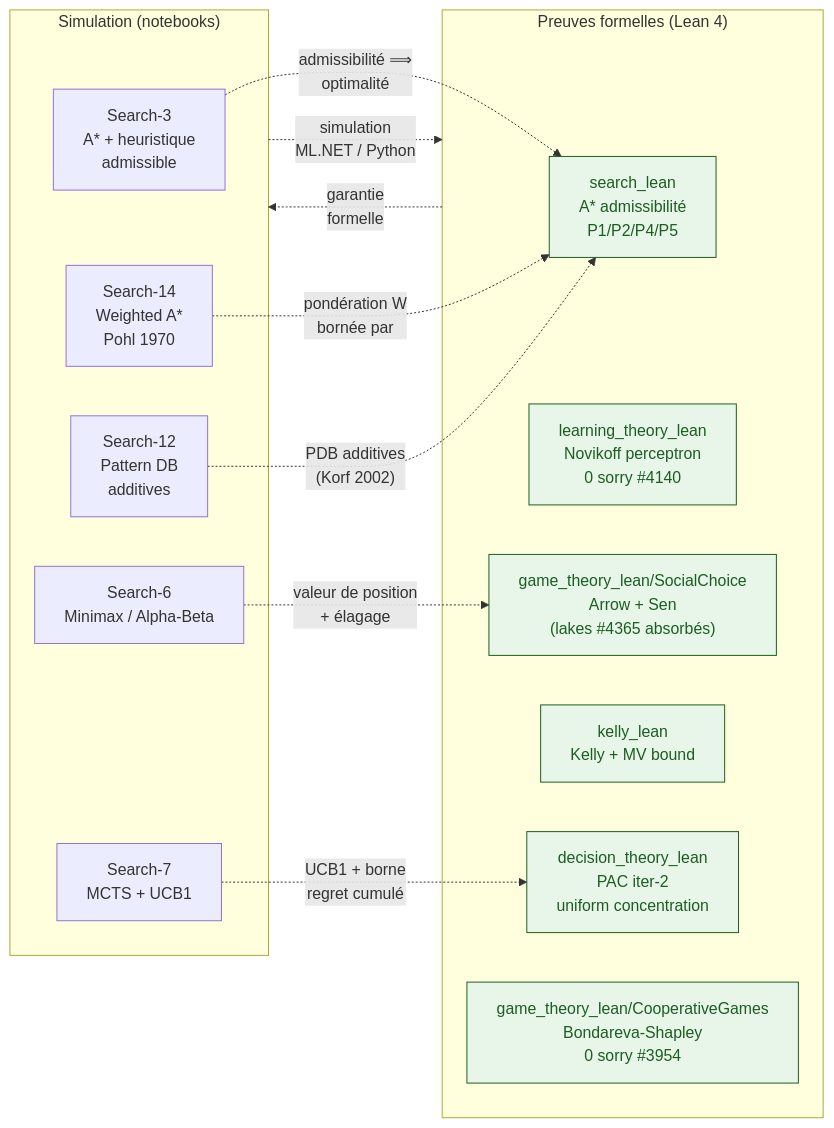
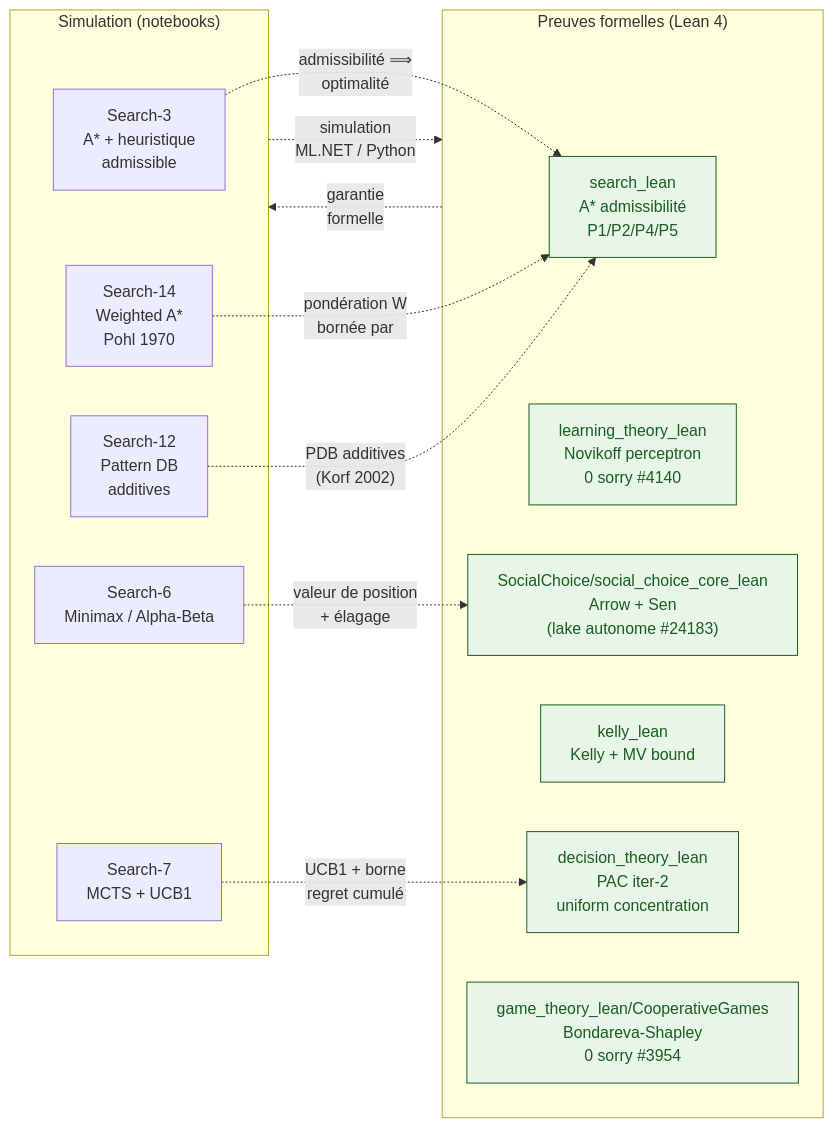
Before and after one commit to jsboige/CoursIA: the second of 2 diagrams in MyIA.AI.Notebooks/Search/README.md, drawn with Mermaid. The commit also changed other lines of this file and 6 other files, not shown here.

````diff
--- a/MyIA.AI.Notebooks/Search/README.md
+++ b/MyIA.AI.Notebooks/Search/README.md
@@ -598,27 +598,27 @@
 ```mermaid
 flowchart LR
     subgraph SIM["Simulation (notebooks)"]
         S3["Search-3<br/>A* + heuristique<br/>admissible"]
         S14["Search-14<br/>Weighted A*<br/>Pohl 1970"]
         S12["Search-12<br/>Pattern DB<br/>additives"]
         S6["Search-6<br/>Minimax / Alpha-Beta"]
         S7["Search-7<br/>MCTS + UCB1"]
     end
     subgraph LEAN["Preuves formelles (Lean 4)"]
         LA["search_lean<br/>A* admissibilité<br/>P1/P2/P4/P5"]
         LM["learning_theory_lean<br/>Novikoff perceptron<br/>0 sorry #4140"]
         LP["decision_theory_lean<br/>PAC iter-2<br/>uniform concentration"]
         LK["kelly_lean<br/>Kelly + MV bound"]
-        LG["game_theory_lean/SocialChoice<br/>Arrow + Sen<br/>(lakes #4365 absorbés)"]
+        LG["SocialChoice/social_choice_core_lean<br/>Arrow + Sen<br/>(lake autonome #24183)"]
         LB["game_theory_lean/CooperativeGames<br/>Bondareva-Shapley<br/>0 sorry #3954"]
     end
     S3 -.->|"admissibilité ⟹<br/>optimalité"| LA
     S14 -.->|"pondération W<br/>bornée par"| LA
     S12 -.->|"PDB additives<br/>(Korf 2002)"| LA
     S6 -.->|"valeur de position<br/>+ élagage"| LG
     S7 -.->|"UCB1 + borne<br/>regret cumulé"| LP
     SIM -.->|"simulation<br/>ML.NET / Python"| LEAN
     LEAN -.->|"garantie<br/>formelle"| SIM
     classDef lean fill:#e8f5e9,stroke:#1b5e20,color:#1b5e20
     class LA,LM,LP,LK,LG,LB lean
 ```
````
